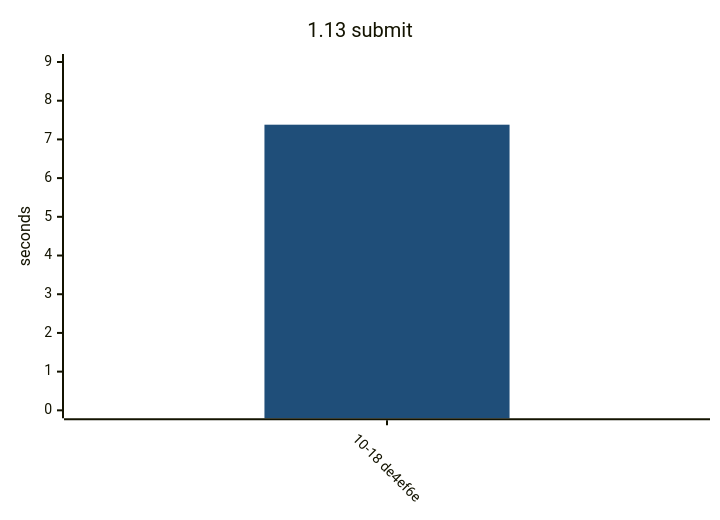
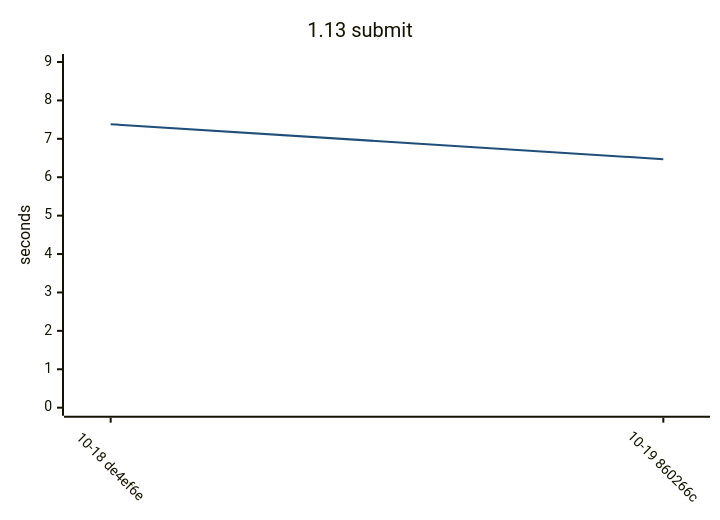
The third of 15 diagrams in README.md (yamanori99/DistSSHQueue.jl), drawn with Mermaid before and after one commit. The commit also changed other lines of this file and 1 other file, not shown here.

````diff
--- a/README.md
+++ b/README.md
@@ -93,17 +95,17 @@
 ```mermaid
 ---
 config:
   theme: base
   themeVariables:
     xyChart:
       plotColorPalette: "#1f4e79"
   xyChart:
     xAxis:
       labelRotation: 45
 ---
 xychart-beta
     title "1.13 submit"
-    x-axis ["10-18 de4ef6e"]
+    x-axis ["10-18 de4ef6e", "10-19 860266c"]
     y-axis "seconds" 0 --> 9
-    bar [7.38]
+    line [7.38, 6.47]
 ```
````
